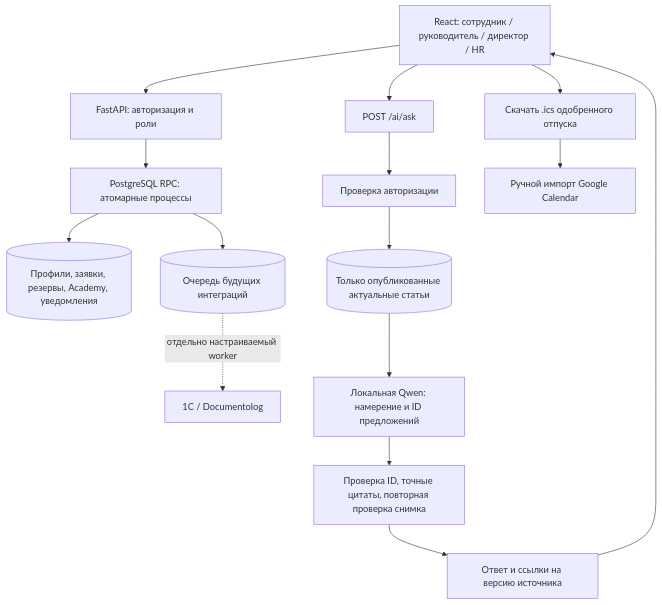
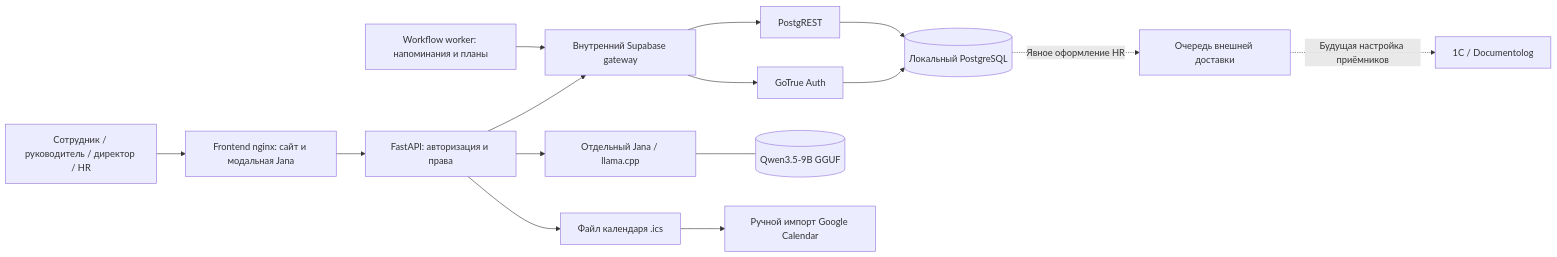
One commit to Dmitribear/PostTech changed the diagram in docs/architecture.md. Above: the diagram before and after it, drawn with Mermaid. The commit also changed other lines of this file and 86 other files, not shown here.

````diff
--- a/docs/architecture.md
+++ b/docs/architecture.md
@@ -3,17 +3,17 @@
 ```mermaid
-flowchart TD
-    UI[React: сотрудник / руководитель / директор / HR] --> API[FastAPI: авторизация и роли]
-    API --> RPC[PostgreSQL RPC: атомарные процессы]
-    RPC --> HR[(Профили, заявки, резервы, Academy, уведомления)]
-    UI --> Ask[POST /ai/ask]
-    Ask --> Auth[Проверка авторизации]
-    Auth --> KB[(Только опубликованные актуальные статьи)]
-    KB --> Reader[Локальная Qwen: намерение и ID предложений]
-    Reader --> Verify[Проверка ID, точные цитаты, повторная проверка снимка]
-    Verify --> Sources[Ответ и ссылки на версию источника]
-    Sources --> UI
-    UI --> ICS[Скачать .ics одобренного отпуска]
-    ICS --> GC[Ручной импорт Google Calendar]
-    RPC --> Outbox[(Очередь будущих интеграций)]
-    Outbox -. отдельно настраиваемый worker .-> Systems[1С / Documentolog]
+flowchart LR
+    Person[Сотрудник / руководитель / директор / HR] --> UI[Frontend nginx: сайт и модальная Jana]
+    UI --> API[FastAPI: авторизация и права]
+    API --> Gateway[Внутренний Supabase gateway]
+    Gateway --> Auth[GoTrue Auth]
+    Gateway --> REST[PostgREST]
+    Auth --> DB[(Локальный PostgreSQL)]
+    REST --> DB
+    API --> Reader[Отдельный Jana / llama.cpp]
+    Reader --- Weights[(Qwen3.5-9B GGUF)]
+    API --> ICS[Файл календаря .ics]
+    ICS --> Google[Ручной импорт Google Calendar]
+    Worker[Workflow worker: напоминания и планы] --> Gateway
+    DB -. Явное оформление HR .-> Outbox[Очередь внешней доставки]
+    Outbox -. Будущая настройка приёмников .-> External[1С / Documentolog]
 ```
````
